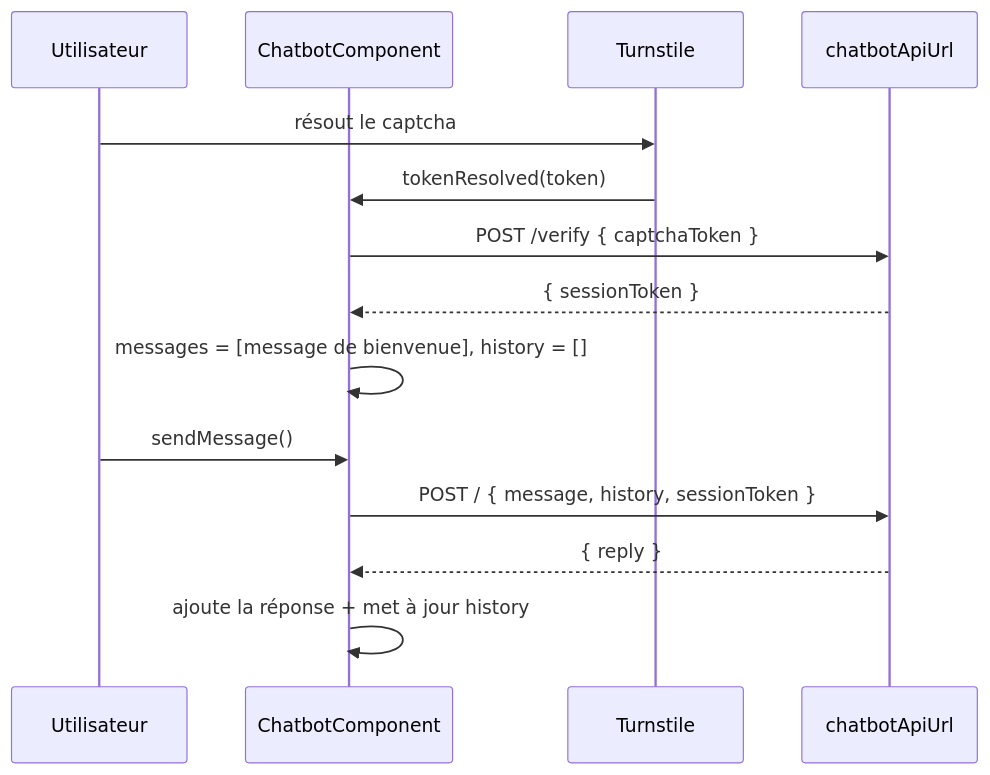
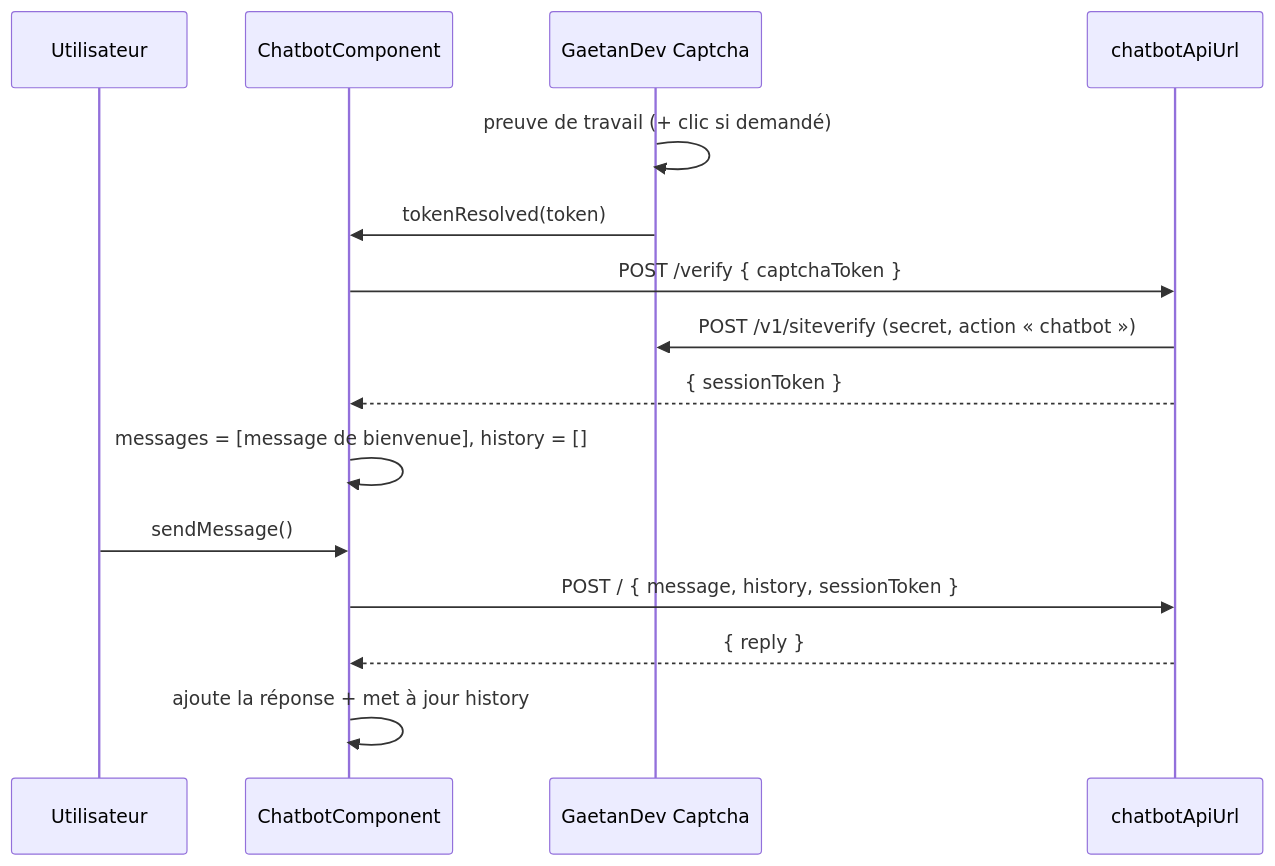
One commit to GaetanOff/Front-GaetanDev changed the diagram in docs/features/chatbot.md. Above: the diagram before and after it, drawn with Mermaid. The commit also changed other lines of this file and 10 other files, not shown here.

First line of the commit message:
feat(chatbot): remplace Cloudflare Turnstile par GaetanDev Captcha

````diff
--- a/docs/features/chatbot.md
+++ b/docs/features/chatbot.md
@@ -46,16 +44,17 @@
 ```mermaid
 sequenceDiagram
   participant U as Utilisateur
   participant C as ChatbotComponent
-  participant T as Turnstile
+  participant T as GaetanDev Captcha
   participant API as chatbotApiUrl
-  U->>T: résout le captcha
+  T->>T: preuve de travail (+ clic si demandé)
   T->>C: tokenResolved(token)
   C->>API: POST /verify { captchaToken }
+  API->>T: POST /v1/siteverify (secret, action « chatbot »)
   API-->>C: { sessionToken }
   C->>C: messages = [message de bienvenue], history = []
   U->>C: sendMessage()
   C->>API: POST / { message, history, sessionToken }
   API-->>C: { reply }
   C->>C: ajoute la réponse + met à jour history
 ```
````
